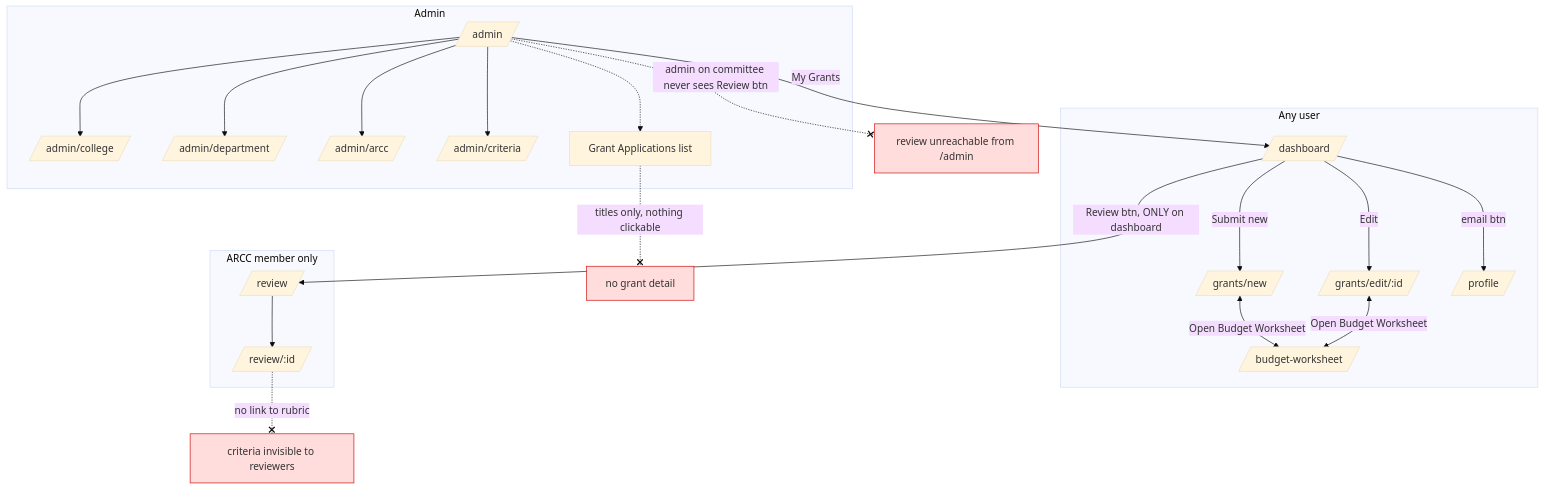
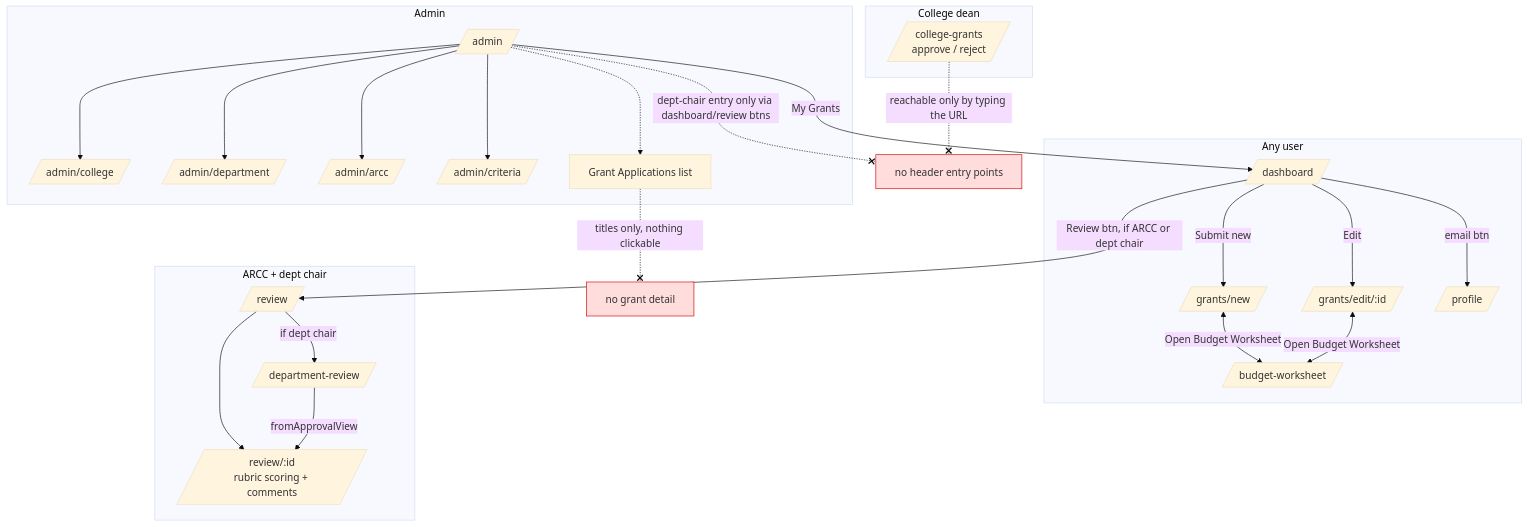
One commit to jayantiacharya/grant-management-system changed the fourth of 7 diagrams in docs/architecture.md. Above: the diagram before and after it, drawn with Mermaid (base theme). The commit also changed other lines of this file and 4 other files, not shown here.

First line of the commit message:
docs: reconcile requirements with transcripts, refresh architecture for open PRs

````diff
--- a/docs/architecture.md
+++ b/docs/architecture.md
@@ -167,32 +206,37 @@
 ```mermaid
 flowchart TD
     subgraph proposer [Any user]
         D[/dashboard/] -->|Submit new| N[/grants/new/]
         D -->|Edit| E[/grants/edit/:id/]
         N <-->|Open Budget Worksheet| B[/budget-worksheet/]
         E <-->|Open Budget Worksheet| B
         D -->|email btn| P[/profile/]
     end
 
-    subgraph arcc [ARCC member only]
-        D -->|Review btn, ONLY on dashboard| R[/review/]
-        R --> RD[/review/:id/]
+    subgraph review [ARCC + dept chair]
+        D -->|Review btn, if ARCC or dept chair| R[/review/]
+        R --> RD[/"review/:id<br/>rubric scoring + comments"/]
+        R -->|if dept chair| DR[/department-review/]
+        DR -->|fromApprovalView| RD
+    end
+
+    subgraph dean [College dean]
+        CG[/"college-grants<br/>approve / reject"/]
     end
 
     subgraph admin [Admin]
         A[/admin/] --> AC[/admin/college/]
         A --> AD2[/admin/department/]
         A --> AA[/admin/arcc/]
         A --> CR[/admin/criteria/]
         A -->|My Grants| D
         A -.-> GL[Grant Applications list]
     end
 
     GL -. "titles only, nothing clickable" .-x DEAD1[no grant detail]
-    A -. "admin on committee never sees Review btn" .-x DEAD2[review unreachable from /admin]
-    RD -. "no link to rubric" .-x DEAD3[criteria invisible to reviewers]
+    A -. "dept-chair entry only via dashboard/review btns" .-x DEAD2[no header entry points]
+    CG -. "reachable only by typing the URL" .-x DEAD2
 
     style DEAD1 fill:#fdd,stroke:#c00
     style DEAD2 fill:#fdd,stroke:#c00
-    style DEAD3 fill:#fdd,stroke:#c00
 ```
````
